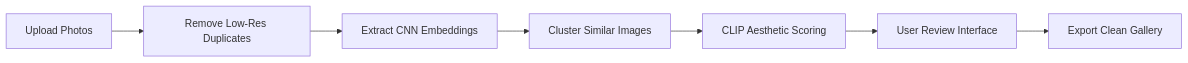
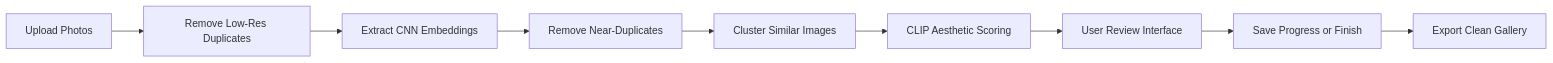
The diagram in Readme.md (Nikshay-Jain/Unipic), drawn with Mermaid before and after one commit. The commit also changed other lines of this file, not shown here.

````diff
--- a/Readme.md
+++ b/Readme.md
@@ -108,9 +120,11 @@
 ```mermaid
 graph LR
     A[Upload Photos] --> B[Remove Low-Res Duplicates]
     B --> C[Extract CNN Embeddings]
-    C --> D[Cluster Similar Images]
-    D --> E[CLIP Aesthetic Scoring]
-    E --> F[User Review Interface]
-    F --> G[Export Clean Gallery]
+    C --> D[Remove Near-Duplicates]
+    D --> E[Cluster Similar Images]
+    E --> F[CLIP Aesthetic Scoring]
+    F --> G[User Review Interface]
+    G --> H[Save Progress or Finish]
+    H --> I[Export Clean Gallery]
 ```
````
